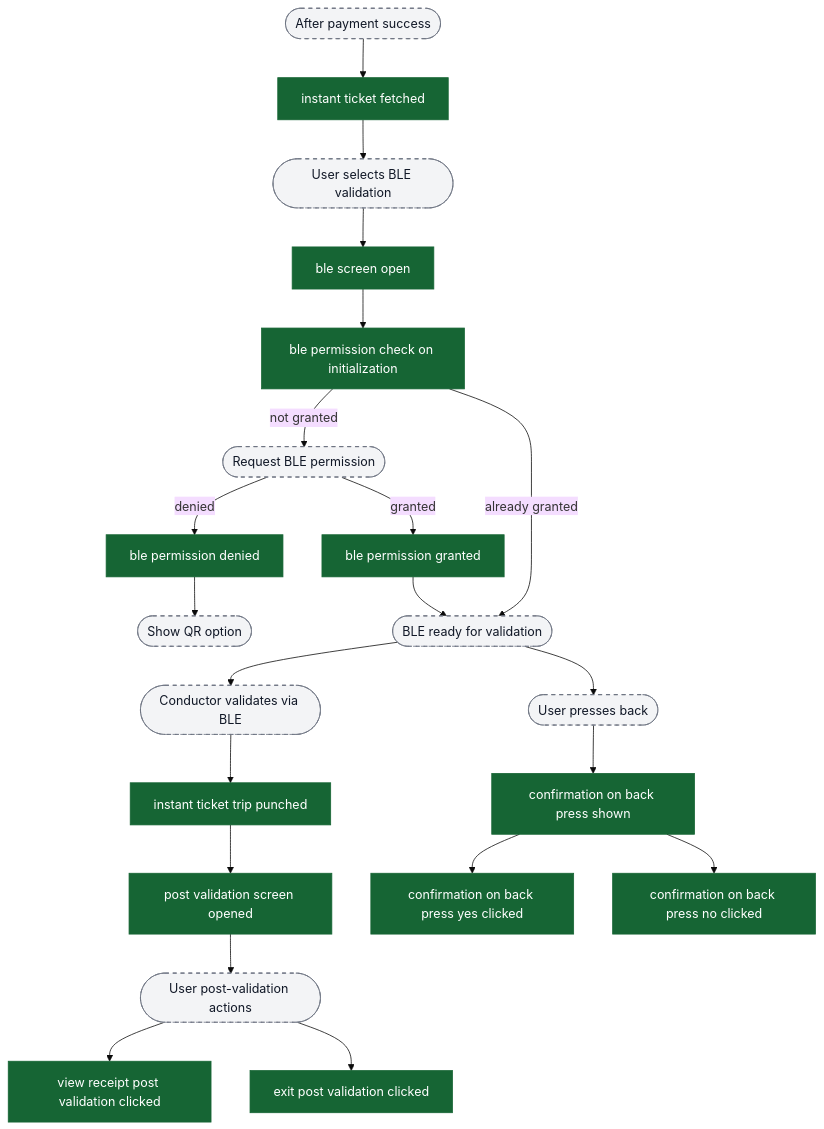
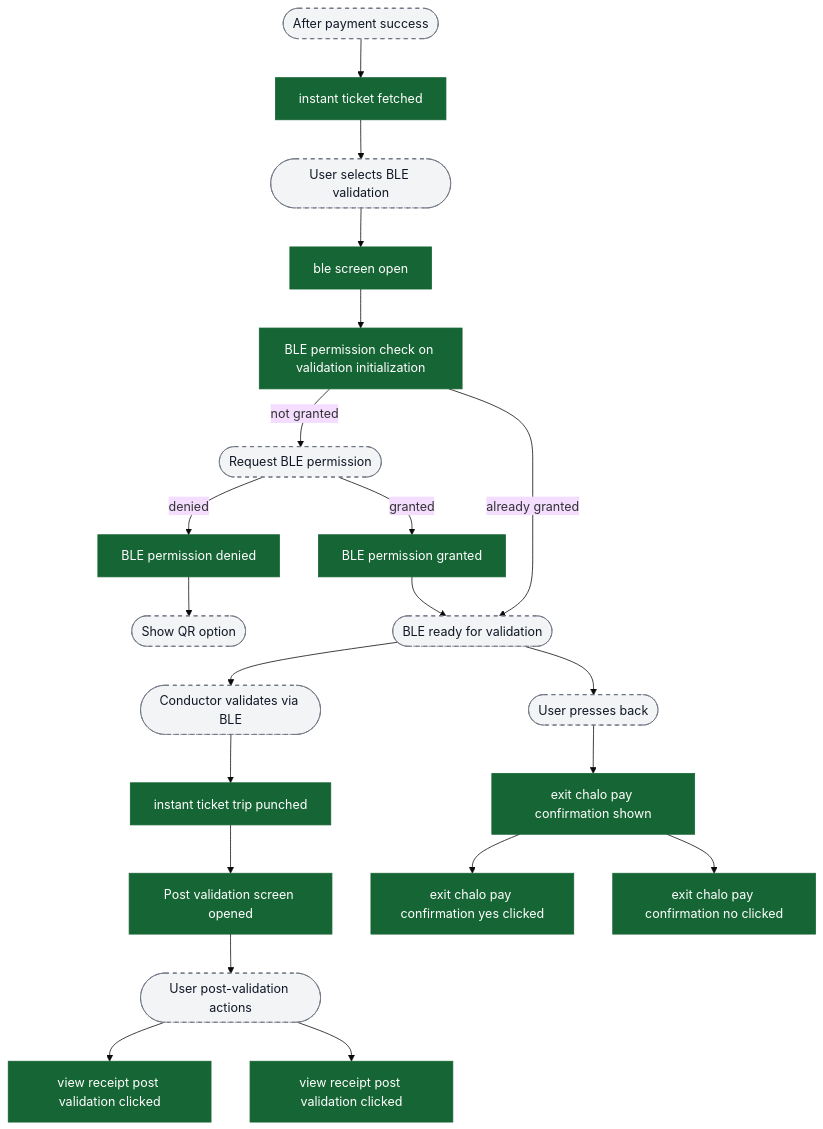
One commit to ratulsarna/chalo-app-dashboard changed the eighth of 10 diagrams in content/analytics/instant-ticket-purchase/flow-diagrams.md. Above: the diagram before and after it, drawn with Mermaid (base theme). The commit also changed other lines of this file and 6 other files, not shown here.

First line of the commit message:
Refactor metro and quick-pay analytics flow diagrams and events

````diff
--- a/content/analytics/instant-ticket-purchase/flow-diagrams.md
+++ b/content/analytics/instant-ticket-purchase/flow-diagrams.md
@@ -196,37 +196,37 @@
 ```mermaid
 flowchart TD
   ui_postPayment([After payment success]) --> ev_fetched["instant ticket fetched"]
   ev_fetched --> ui_bleFlow([User selects BLE validation])
   ui_bleFlow --> ev_bleOpen["ble screen open"]
 
-  ev_bleOpen --> ev_permCheck["ble permission check on initialization"]
+  ev_bleOpen --> ev_permCheck["BLE permission check on validation initialization"]
 
   ev_permCheck -->|not granted| ui_requestPerm([Request BLE permission])
-  ui_requestPerm -->|granted| ev_permGranted["ble permission granted"]
-  ui_requestPerm -->|denied| ev_permDenied["ble permission denied"]
+  ui_requestPerm -->|granted| ev_permGranted["BLE permission granted"]
+  ui_requestPerm -->|denied| ev_permDenied["BLE permission denied"]
 
   ev_permDenied --> ui_fallbackQR([Show QR option])
 
   ev_permCheck -->|already granted| ui_bleReady([BLE ready for validation])
   ev_permGranted --> ui_bleReady
 
   ui_bleReady --> ui_conductorValidate([Conductor validates via BLE])
   ui_conductorValidate --> ev_tripPunched["instant ticket trip punched"]
 
-  ev_tripPunched --> ev_postValidationOpen["post validation screen opened"]
+  ev_tripPunched --> ev_postValidationOpen["Post validation screen opened"]
   ev_postValidationOpen --> ui_postValActions([User post-validation actions])
 
   ui_postValActions --> ev_viewReceiptPost["view receipt post validation clicked"]
-  ui_postValActions --> ev_exitPost["exit post validation clicked"]
+  ui_postValActions --> ev_exitPost["view receipt post validation clicked"]
 
   ui_bleReady --> ui_backPress([User presses back])
-  ui_backPress --> ev_confirmShown["confirmation on back press shown"]
-  ev_confirmShown --> ev_confirmYes["confirmation on back press yes clicked"]
-  ev_confirmShown --> ev_confirmNo["confirmation on back press no clicked"]
+  ui_backPress --> ev_confirmShown["exit chalo pay confirmation shown"]
+  ev_confirmShown --> ev_confirmYes["exit chalo pay confirmation yes clicked"]
+  ev_confirmShown --> ev_confirmNo["exit chalo pay confirmation no clicked"]
 
   classDef event fill:#166534,stroke:#166534,color:#ffffff;
   classDef ui fill:#f3f4f6,stroke:#6b7280,stroke-dasharray: 5 5,color:#111827;
 
   class ev_fetched,ev_bleOpen,ev_permCheck,ev_permGranted,ev_permDenied,ev_tripPunched,ev_postValidationOpen,ev_viewReceiptPost,ev_exitPost,ev_confirmShown,ev_confirmYes,ev_confirmNo event;
   class ui_postPayment,ui_bleFlow,ui_requestPerm,ui_fallbackQR,ui_bleReady,ui_conductorValidate,ui_postValActions,ui_backPress ui;
 ```
````
